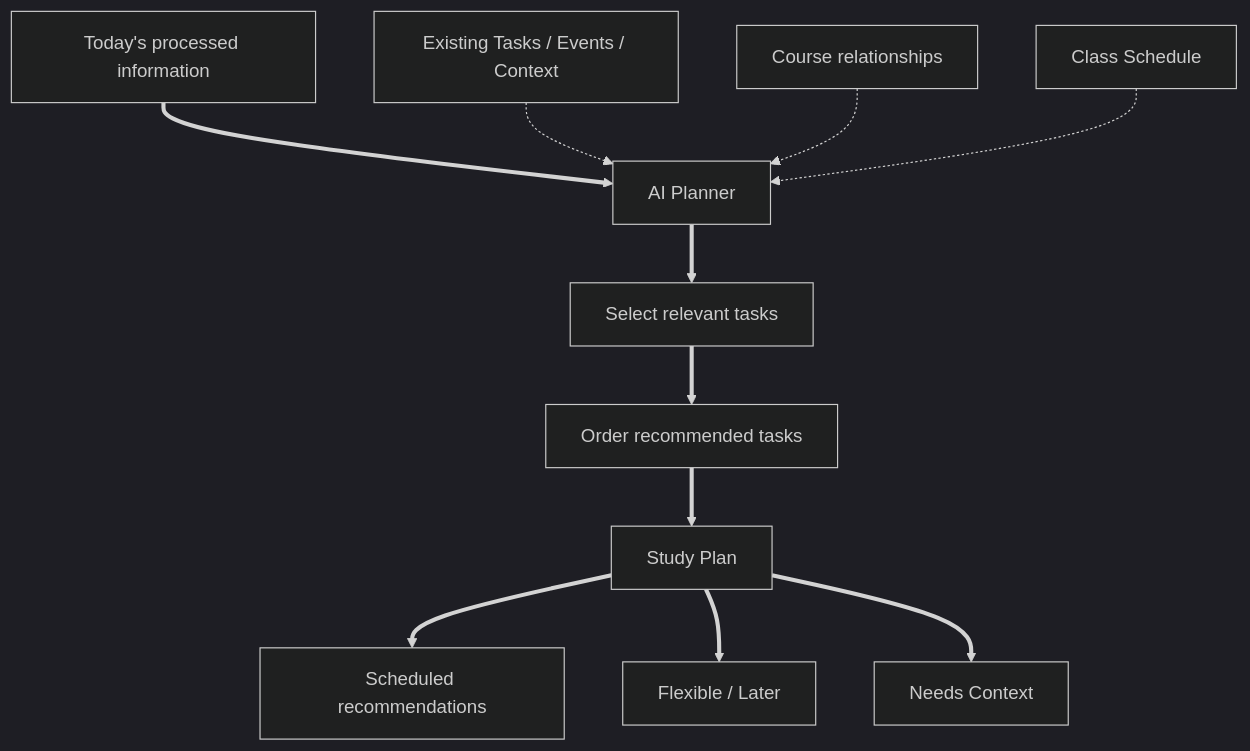
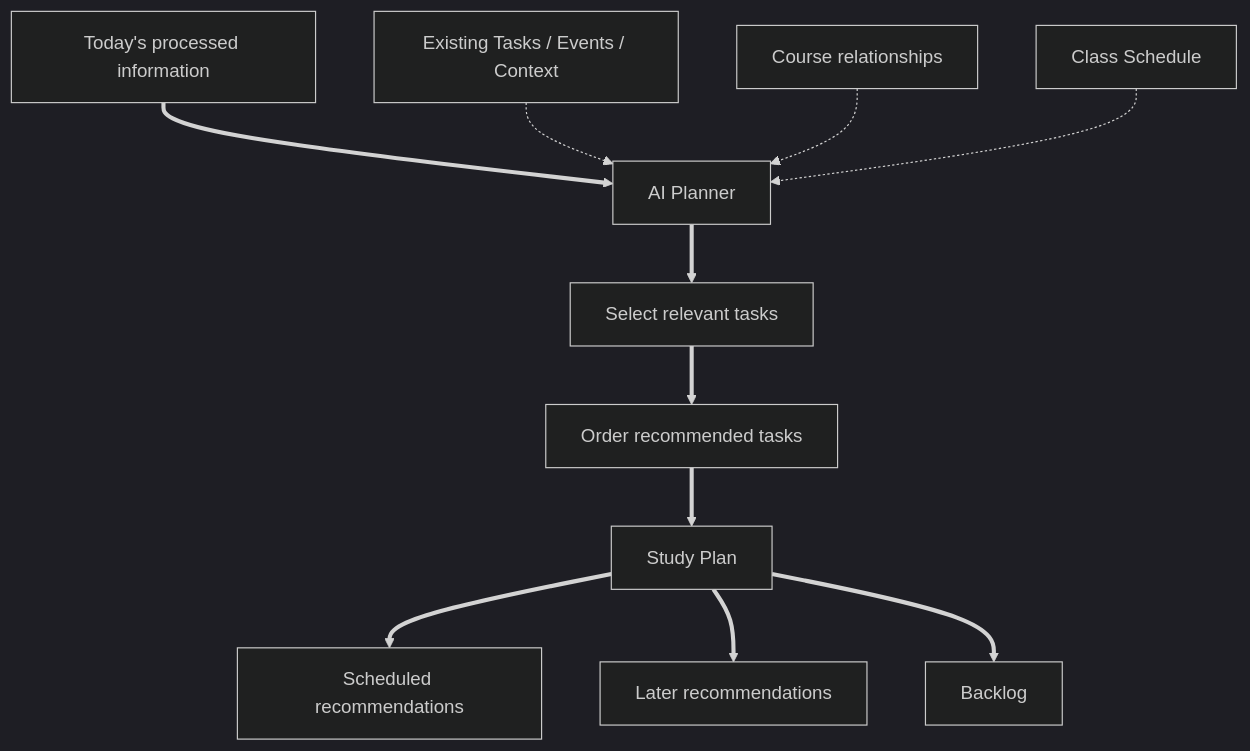
The fourth of 9 diagrams in docs/system-workflows.md (Peezzied/nyare), drawn with Mermaid (dark theme) before and after one commit. The commit also changed other lines of this file and 11 other files, not shown here.

````diff
--- a/docs/system-workflows.md
+++ b/docs/system-workflows.md
@@ -122,27 +122,27 @@
 ```mermaid
 flowchart TD
     Today["Today's processed information"]
     Planner[AI Planner]
     Existing["Existing Tasks / Events / Context"]
     Courses[Course relationships]
     Schedule[Class Schedule]
     Select[Select relevant tasks]
     Order[Order recommended tasks]
     Plan[Study Plan]
     Scheduled[Scheduled recommendations]
-    Later[Flexible / Later]
-    ContextNeeded[Needs Context]
+    Later[Later recommendations]
+    Backlog[Backlog]
 
     Today ==> Planner
     Existing -.-> Planner
     Courses -.-> Planner
     Schedule -.-> Planner
 
     Planner ==> Select
     Select ==> Order
     Order ==> Plan
 
     Plan ==> Scheduled
     Plan ==> Later
-    Plan ==> ContextNeeded
+    Plan ==> Backlog
 ```
````
